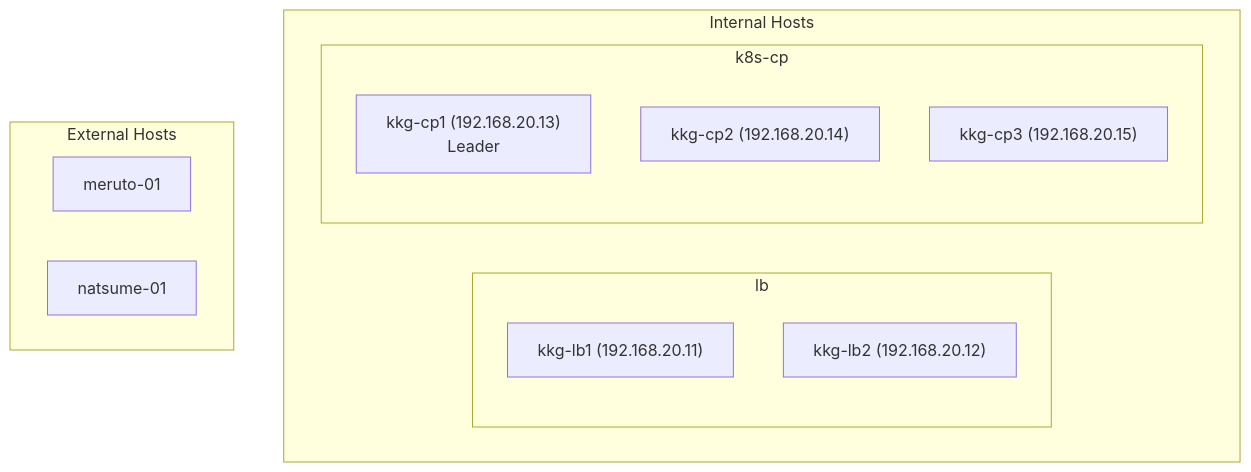
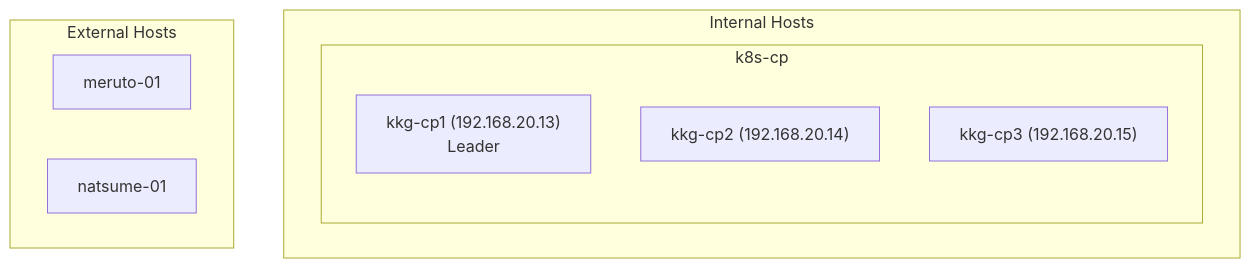
Before and after one commit to Soli0222/pke: the second of 2 diagrams in ansible/README.md, drawn with Mermaid. The commit also changed other lines of this file and 30 other files, not shown here.

````diff
--- a/ansible/README.md
+++ b/ansible/README.md
@@ -87,19 +79,15 @@
 ```mermaid
 graph TB
     subgraph "Internal Hosts"
-        subgraph "lb"
-            LB1["kkg-lb1 (192.168.20.11)"]
-            LB2["kkg-lb2 (192.168.20.12)"]
-        end
         subgraph "k8s-cp"
             CP1["kkg-cp1 (192.168.20.13)<br/>Leader"]
             CP2["kkg-cp2 (192.168.20.14)"]
             CP3["kkg-cp3 (192.168.20.15)"]
         end
     end
 
     subgraph "External Hosts"
         MERUTO["meruto-01"]
         NATSUME["natsume-01"]
     end
 ```
````
